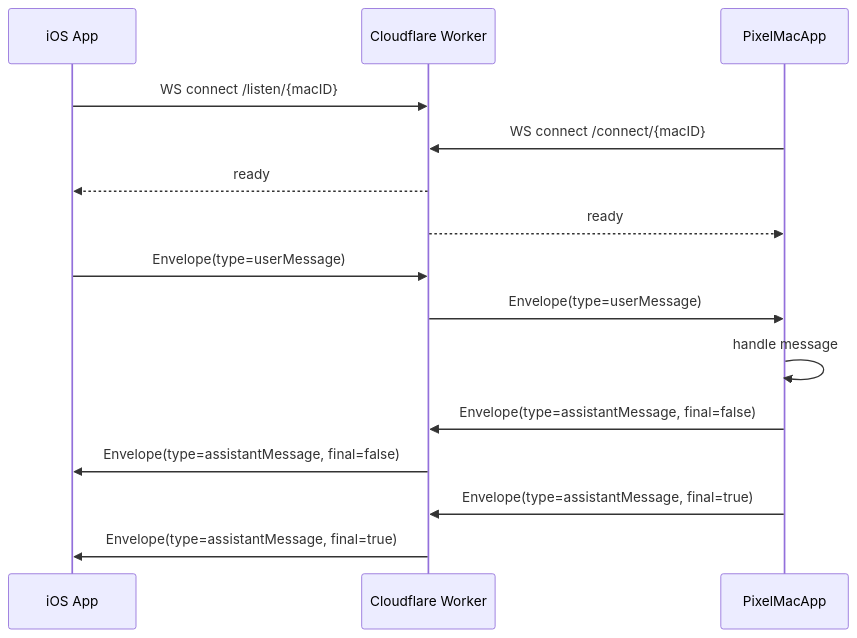
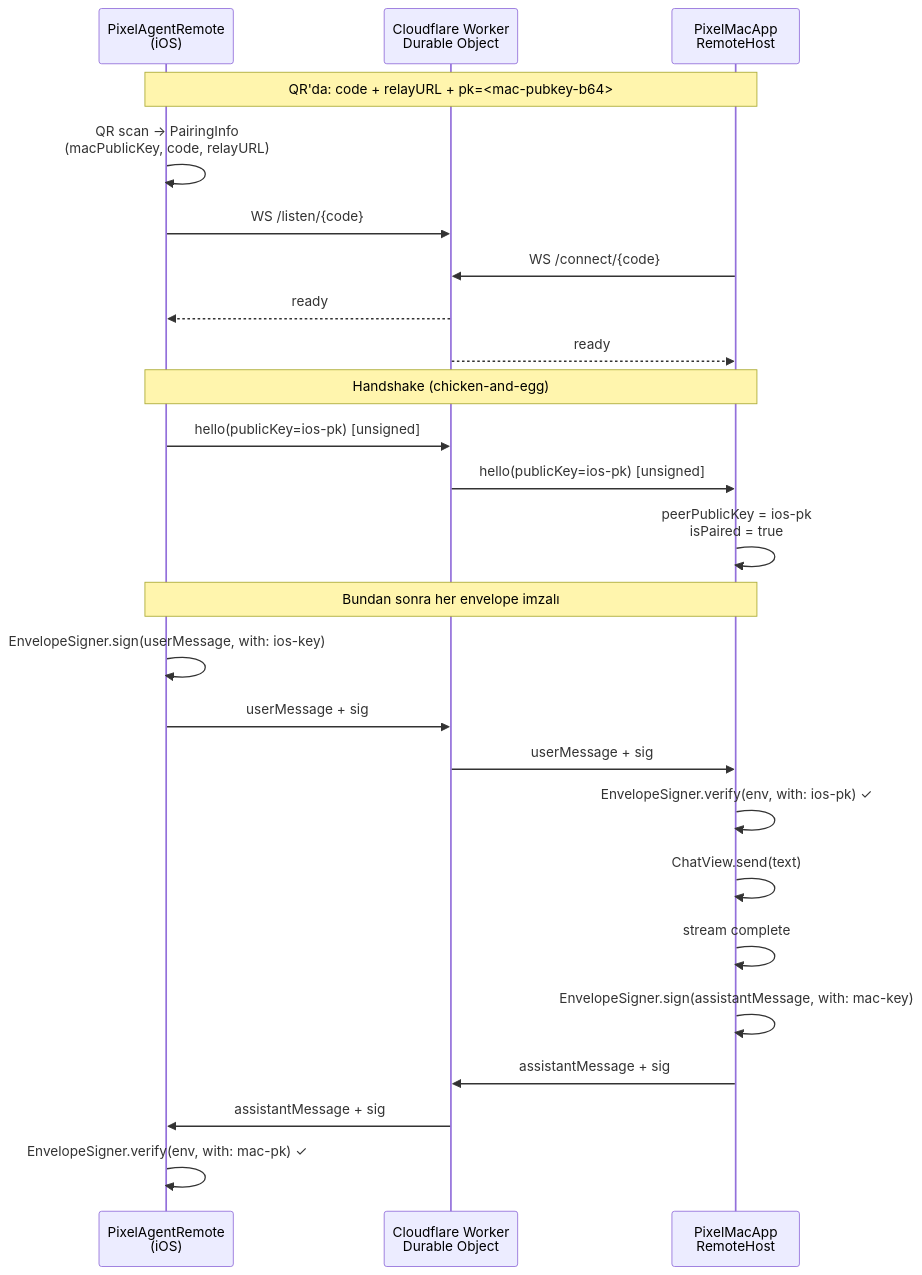
The fourth of 5 diagrams in docs/architecture.md (ErkutYavuzer/pixel-agent), drawn with Mermaid before and after one commit. The commit also changed other lines of this file and 2 other files, not shown here.

First line of the commit message:
docs: konsolidasyon — README + architecture.md v0.2.4 ile senkron

````diff
--- a/docs/architecture.md
+++ b/docs/architecture.md
@@ -69,19 +92,31 @@
 ```mermaid
 sequenceDiagram
-    participant iOS as iOS App
-    participant Relay as Cloudflare Worker
-    participant Mac as PixelMacApp
+    participant iOSApp as PixelAgentRemote<br/>(iOS)
+    participant Relay as Cloudflare Worker<br/>Durable Object
+    participant Mac as PixelMacApp<br/>RemoteHost
 
-    iOS->>Relay: WS connect /listen/{macID}
-    Mac->>Relay: WS connect /connect/{macID}
-    Relay-->>iOS: ready
+    Note over iOSApp,Mac: QR'da: code + relayURL + pk=<mac-pubkey-b64>
+    iOSApp->>iOSApp: QR scan → PairingInfo<br/>(macPublicKey, code, relayURL)
+    iOSApp->>Relay: WS /listen/{code}
+    Mac->>Relay: WS /connect/{code}
+    Relay-->>iOSApp: ready
     Relay-->>Mac: ready
 
-    iOS->>Relay: Envelope(type=userMessage)
-    Relay->>Mac: Envelope(type=userMessage)
-    Mac->>Mac: handle message
-    Mac->>Relay: Envelope(type=assistantMessage, final=false)
-    Relay->>iOS: Envelope(type=assistantMessage, final=false)
-    Mac->>Relay: Envelope(type=assistantMessage, final=true)
-    Relay->>iOS: Envelope(type=assistantMessage, final=true)
+    Note over iOSApp,Mac: Handshake (chicken-and-egg)
+    iOSApp->>Relay: hello(publicKey=ios-pk) [unsigned]
+    Relay->>Mac: hello(publicKey=ios-pk) [unsigned]
+    Mac->>Mac: peerPublicKey = ios-pk<br/>isPaired = true
+
+    Note over iOSApp,Mac: Bundan sonra her envelope imzalı
+    iOSApp->>iOSApp: EnvelopeSigner.sign(userMessage, with: ios-key)
+    iOSApp->>Relay: userMessage + sig
+    Relay->>Mac: userMessage + sig
+    Mac->>Mac: EnvelopeSigner.verify(env, with: ios-pk) ✓
+    Mac->>Mac: ChatView.send(text)
+
+    Mac->>Mac: stream complete
+    Mac->>Mac: EnvelopeSigner.sign(assistantMessage, with: mac-key)
+    Mac->>Relay: assistantMessage + sig
+    Relay->>iOSApp: assistantMessage + sig
+    iOSApp->>iOSApp: EnvelopeSigner.verify(env, with: mac-pk) ✓
 ```
````
